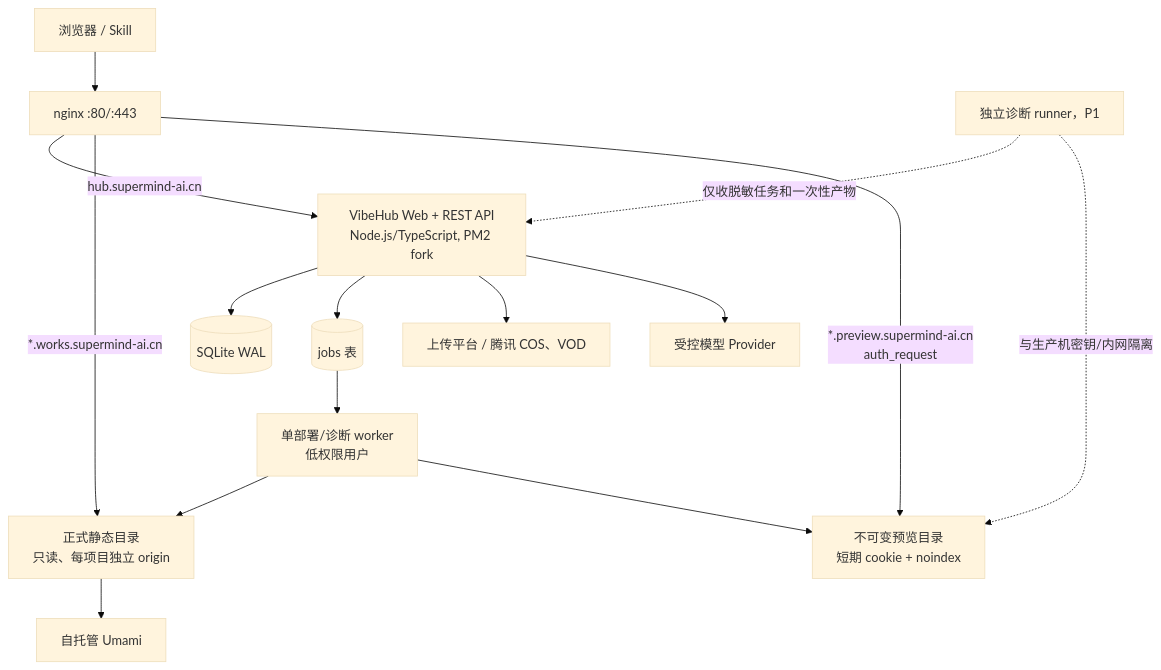
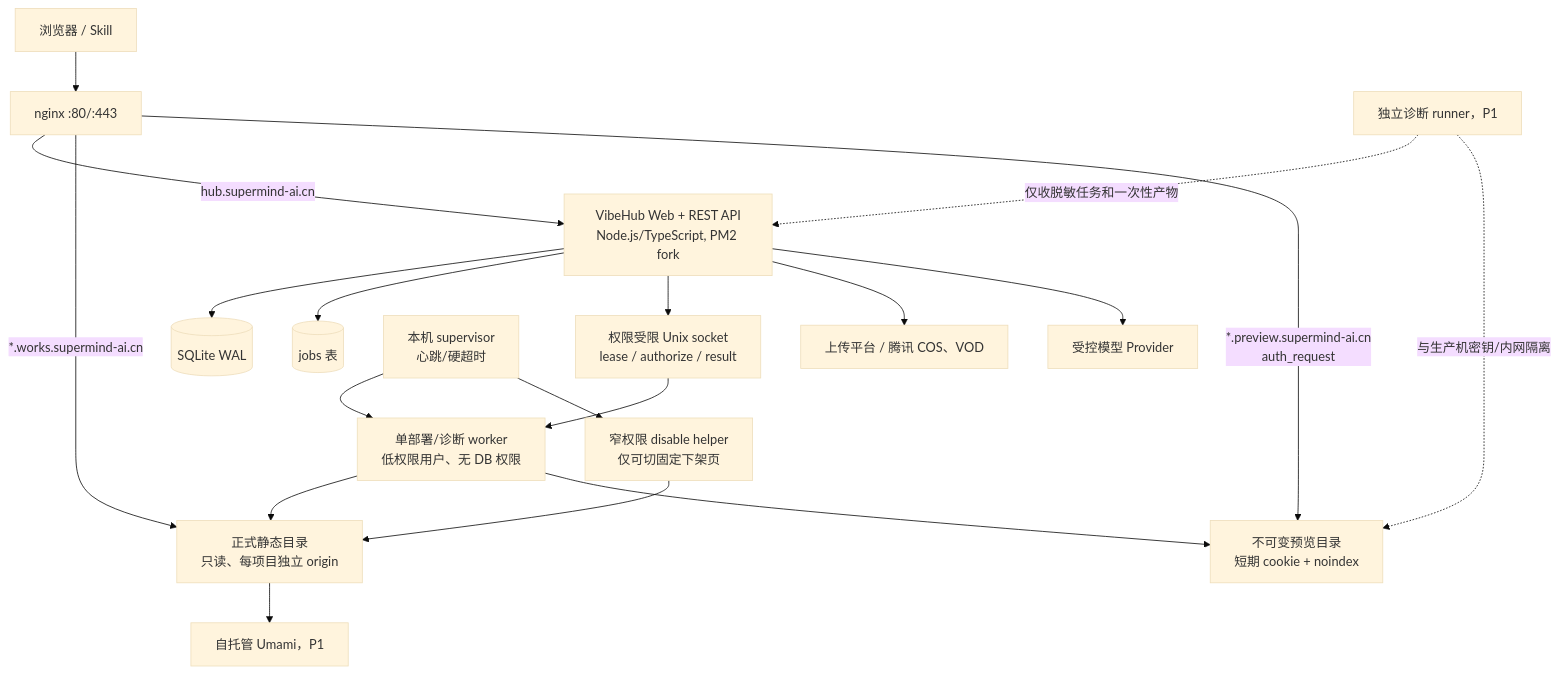
Before and after one commit to wangjialiang678/vibehub: the second of 2 diagrams in docs/research/codebase/architecture-proposal-codex-sol.md, drawn with Mermaid (base theme). The commit also changed other lines of this file and 23 other files, not shown here.

````diff
--- a/docs/research/codebase/architecture-proposal-codex-sol.md
+++ b/docs/research/codebase/architecture-proposal-codex-sol.md
@@ -598,21 +652,25 @@
 ```mermaid
 flowchart TB
     Internet[浏览器 / Skill] --> N[nginx :80/:443]
 
     N -->|hub.supermind-ai.cn| APP[VibeHub Web + REST API<br/>Node.js/TypeScript, PM2 fork]
     APP --> DB[(SQLite WAL)]
     APP --> Q[(jobs 表)]
-    Q --> WORKER[单部署/诊断 worker<br/>低权限用户]
+    APP --> IPC[权限受限 Unix socket<br/>lease / authorize / result]
+    IPC --> WORKER[单部署/诊断 worker<br/>低权限用户、无 DB 权限]
+    SUP[本机 supervisor<br/>心跳/硬超时] --> WORKER
+    SUP --> EMERGENCY[窄权限 disable helper<br/>仅可切固定下架页]
 
     N -->|*.works.supermind-ai.cn| PUB[正式静态目录<br/>只读、每项目独立 origin]
     N -->|*.preview.supermind-ai.cn<br/>auth_request| PRE[不可变预览目录<br/>短期 cookie + noindex]
 
     WORKER --> PUB
     WORKER --> PRE
+    EMERGENCY --> PUB
     APP --> UP[上传平台 / 腾讯 COS、VOD]
     APP --> AI[受控模型 Provider]
-    PUB --> UMAMI[自托管 Umami]
+    PUB --> UMAMI[自托管 Umami，P1]
 
     RUNNER[独立诊断 runner，P1] -.仅收脱敏任务和一次性产物.-> APP
     RUNNER -.与生产机密钥/内网隔离.-> PRE
 ```
````
